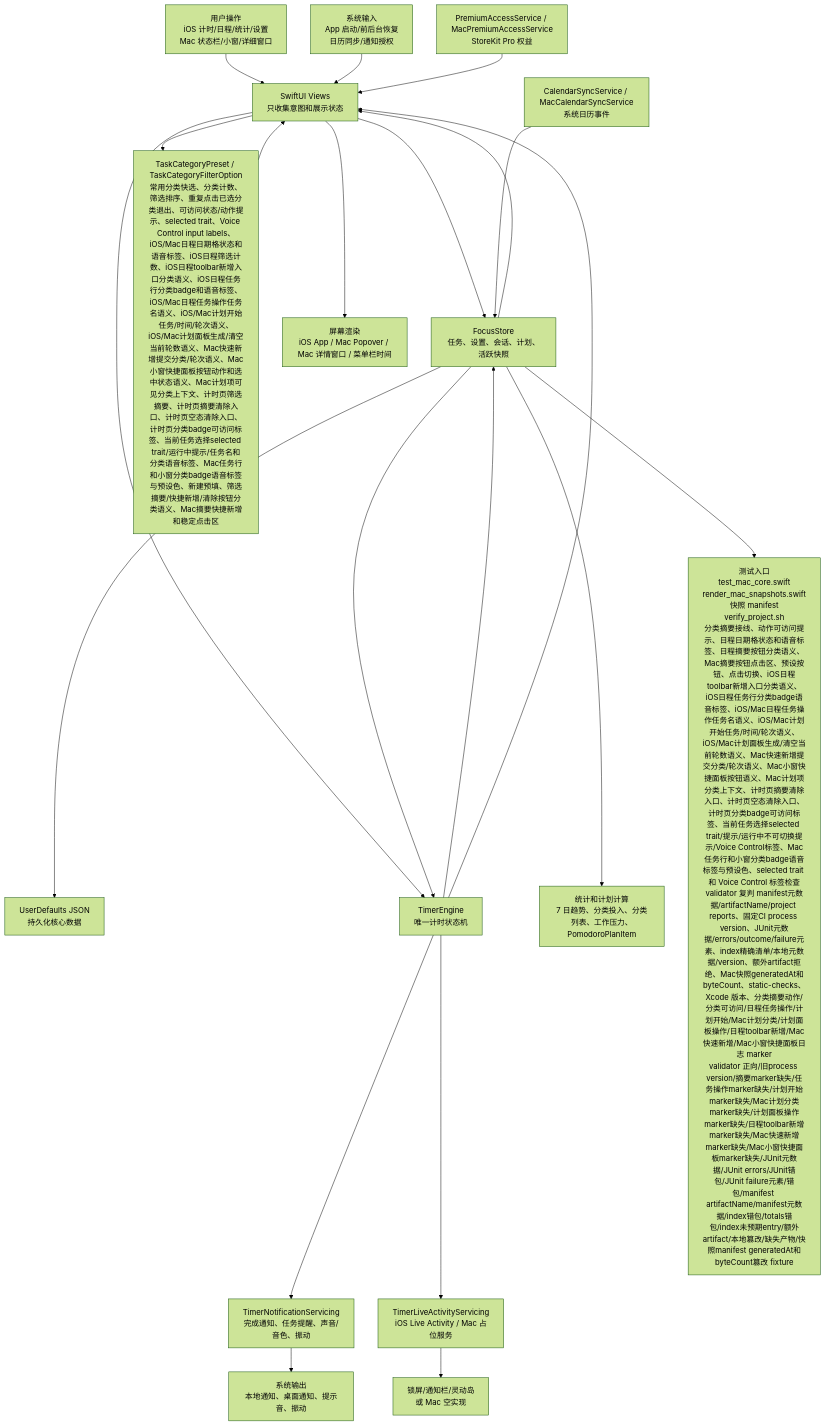
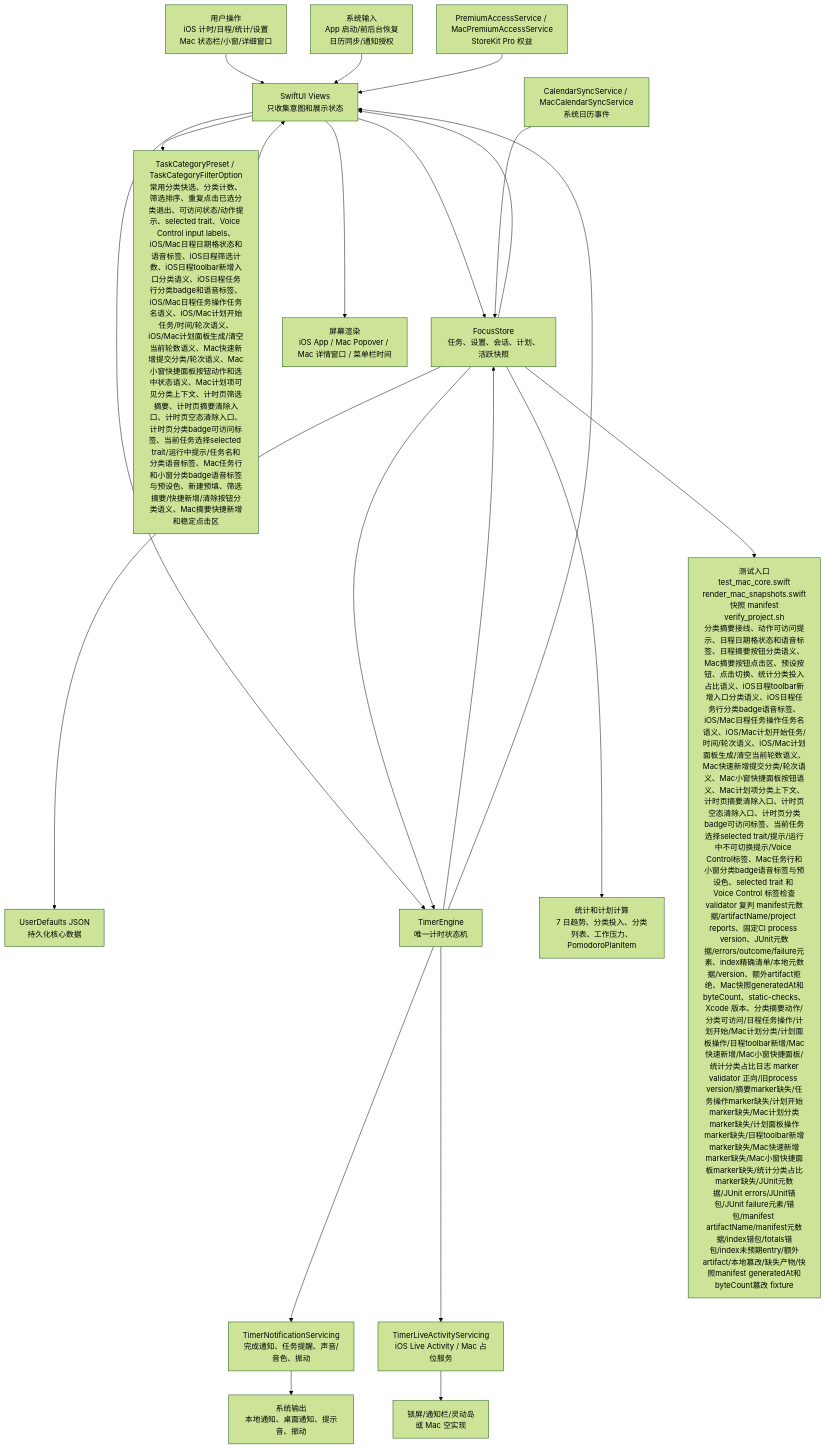
Before and after one commit to Altman-sam114/114: the first of 6 diagrams in md/flow/flowchart.md, drawn with Mermaid (forest theme). The commit also changed other lines of this file and 9 other files, not shown here.

````diff
--- a/md/flow/flowchart.md
+++ b/md/flow/flowchart.md
@@ -9,23 +9,23 @@
 ```mermaid
 flowchart TD
   U["用户操作<br/>iOS 计时/日程/统计/设置<br/>Mac 状态栏/小窗/详细窗口"] --> V["SwiftUI Views<br/>只收集意图和展示状态"]
   SYS["系统输入<br/>App 启动/前后台恢复<br/>日历同步/通知授权"] --> V
   V --> S["FocusStore<br/>任务、设置、会话、计划、活跃快照"]
   V --> CAT["TaskCategoryPreset / TaskCategoryFilterOption<br/>常用分类快选、分类计数、筛选排序、重复点击已选分类退出、可访问状态/动作提示、selected trait、Voice Control input labels、iOS/Mac日程日期格状态和语音标签、iOS日程筛选计数、iOS日程toolbar新增入口分类语义、iOS日程任务行分类badge和语音标签、iOS/Mac日程任务操作任务名语义、iOS/Mac计划开始任务/时间/轮次语义、iOS/Mac计划面板生成/清空当前轮数语义、Mac快速新增提交分类/轮次语义、Mac小窗快捷面板按钮动作和选中状态语义、Mac计划项可见分类上下文、计时页筛选摘要、计时页摘要清除入口、计时页空态清除入口、计时页分类badge可访问标签、当前任务选择selected trait/运行中提示/任务名和分类语音标签、Mac任务行和小窗分类badge语音标签与预设色、新建预填、筛选摘要/快捷新增/清除按钮分类语义、Mac摘要快捷新增和稳定点击区"]
   CAT --> V
   S --> P["UserDefaults JSON<br/>持久化核心数据"]
   V --> E["TimerEngine<br/>唯一计时状态机"]
   S --> E
   E --> S
   E --> N["TimerNotificationServicing<br/>完成通知、任务提醒、声音/音色、振动"]
   E --> L["TimerLiveActivityServicing<br/>iOS Live Activity / Mac 占位服务"]
   S --> C["统计和计划计算<br/>7 日趋势、分类投入、分类列表、工作压力、PomodoroPlanItem"]
   CAL["CalendarSyncService / MacCalendarSyncService<br/>系统日历事件"] --> S
   PRO["PremiumAccessService / MacPremiumAccessService<br/>StoreKit Pro 权益"] --> V
   S --> V
   E --> V
   V --> OUT["屏幕渲染<br/>iOS App / Mac Popover / Mac 详情窗口 / 菜单栏时间"]
   N --> OUT2["系统输出<br/>本地通知、桌面通知、提示音、振动"]
   L --> OUT3["锁屏/通知栏/灵动岛<br/>或 Mac 空实现"]
-  S --> T["测试入口<br/>test_mac_core.swift<br/>render_mac_snapshots.swift<br/>快照 manifest<br/>verify_project.sh<br/>分类摘要接线、动作可访问提示、日程日期格状态和语音标签、日程摘要按钮分类语义、Mac摘要按钮点击区、预设按钮、点击切换、iOS日程toolbar新增入口分类语义、iOS日程任务行分类badge语音标签、iOS/Mac日程任务操作任务名语义、iOS/Mac计划开始任务/时间/轮次语义、iOS/Mac计划面板生成/清空当前轮数语义、Mac快速新增提交分类/轮次语义、Mac小窗快捷面板按钮语义、Mac计划项分类上下文、计时页摘要清除入口、计时页空态清除入口、计时页分类badge可访问标签、当前任务选择selected trait/提示/运行中不可切换提示/Voice Control标签、Mac任务行和小窗分类badge语音标签与预设色、selected trait 和 Voice Control 标签检查<br/>validator 复判 manifest元数据/artifactName/project reports、固定CI process version、JUnit元数据/errors/outcome/failure元素、index精确清单/本地元数据/version、额外artifact拒绝、Mac快照generatedAt和byteCount、static-checks、Xcode 版本、分类摘要动作/分类可访问/日程任务操作/计划开始/Mac计划分类/计划面板操作/日程toolbar新增/Mac快速新增/Mac小窗快捷面板日志 marker<br/>validator 正向/旧process version/摘要marker缺失/任务操作marker缺失/计划开始marker缺失/Mac计划分类marker缺失/计划面板操作marker缺失/日程toolbar新增marker缺失/Mac快速新增marker缺失/Mac小窗快捷面板marker缺失/JUnit元数据/JUnit errors/JUnit错包/JUnit failure元素/错包/manifest artifactName/manifest元数据/index错包/totals错包/index未预期entry/额外artifact/本地篡改/缺失产物/快照manifest generatedAt和byteCount篡改 fixture"]
+  S --> T["测试入口<br/>test_mac_core.swift<br/>render_mac_snapshots.swift<br/>快照 manifest<br/>verify_project.sh<br/>分类摘要接线、动作可访问提示、日程日期格状态和语音标签、日程摘要按钮分类语义、Mac摘要按钮点击区、预设按钮、点击切换、统计分类投入占比语义、iOS日程toolbar新增入口分类语义、iOS日程任务行分类badge语音标签、iOS/Mac日程任务操作任务名语义、iOS/Mac计划开始任务/时间/轮次语义、iOS/Mac计划面板生成/清空当前轮数语义、Mac快速新增提交分类/轮次语义、Mac小窗快捷面板按钮语义、Mac计划项分类上下文、计时页摘要清除入口、计时页空态清除入口、计时页分类badge可访问标签、当前任务选择selected trait/提示/运行中不可切换提示/Voice Control标签、Mac任务行和小窗分类badge语音标签与预设色、selected trait 和 Voice Control 标签检查<br/>validator 复判 manifest元数据/artifactName/project reports、固定CI process version、JUnit元数据/errors/outcome/failure元素、index精确清单/本地元数据/version、额外artifact拒绝、Mac快照generatedAt和byteCount、static-checks、Xcode 版本、分类摘要动作/分类可访问/日程任务操作/计划开始/Mac计划分类/计划面板操作/日程toolbar新增/Mac快速新增/Mac小窗快捷面板/统计分类占比日志 marker<br/>validator 正向/旧process version/摘要marker缺失/任务操作marker缺失/计划开始marker缺失/Mac计划分类marker缺失/计划面板操作marker缺失/日程toolbar新增marker缺失/Mac快速新增marker缺失/Mac小窗快捷面板marker缺失/统计分类占比marker缺失/JUnit元数据/JUnit errors/JUnit错包/JUnit failure元素/错包/manifest artifactName/manifest元数据/index错包/totals错包/index未预期entry/额外artifact/本地篡改/缺失产物/快照manifest generatedAt和byteCount篡改 fixture"]
 ```
````
